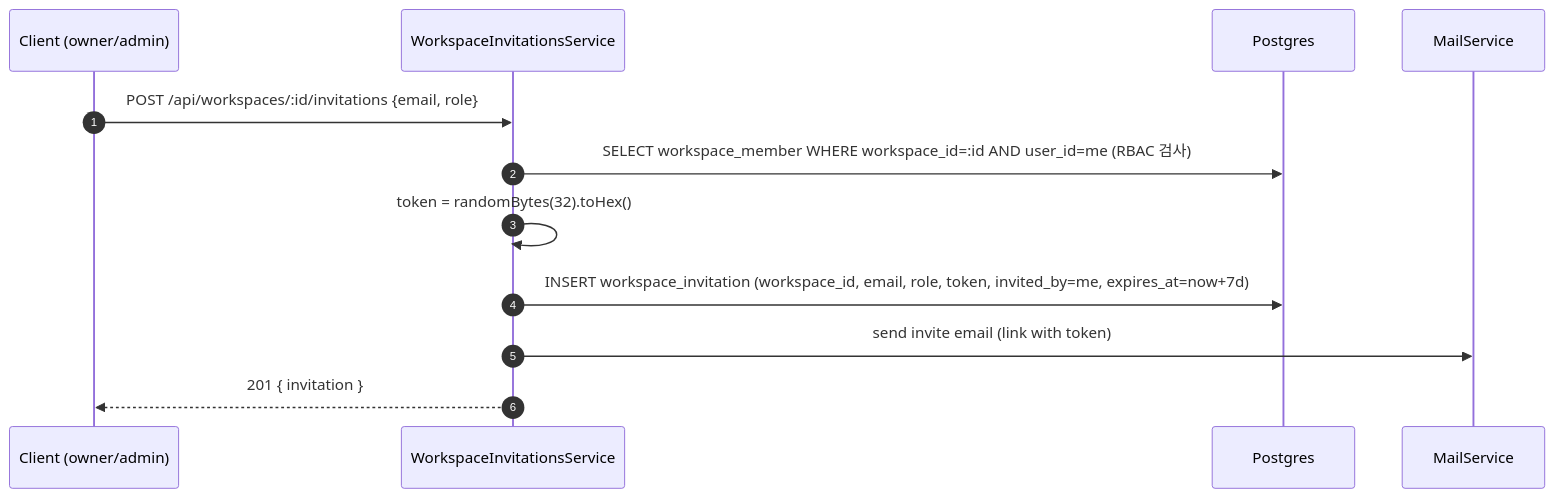
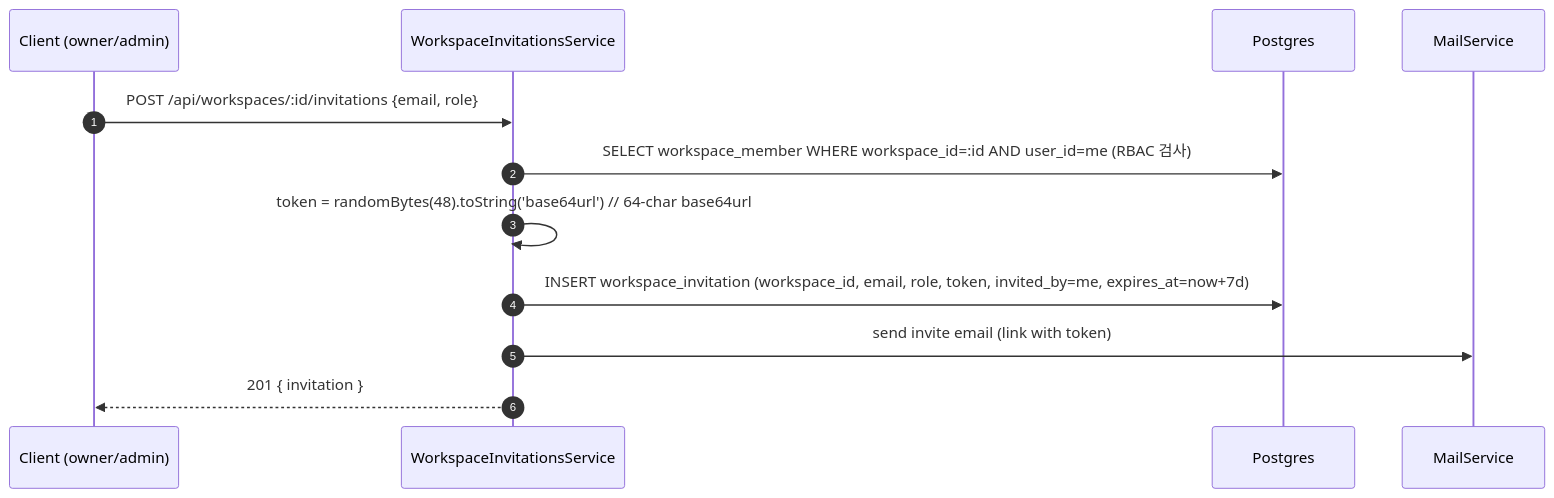
The second of 5 diagrams in spec/data-flow/12-workspace.md (worker-ants/clemvion), drawn with Mermaid before and after one commit. The commit also changed other lines of this file and 186 other files, not shown here.

````diff
--- a/spec/data-flow/12-workspace.md
+++ b/spec/data-flow/12-workspace.md
@@ -45,15 +45,15 @@
 ```mermaid
 sequenceDiagram
   autonumber
   participant C as Client (owner/admin)
   participant Svc as WorkspaceInvitationsService
   participant PG as Postgres
   participant Mail as MailService
 
   C->>Svc: POST /api/workspaces/:id/invitations {email, role}
   Svc->>PG: SELECT workspace_member WHERE workspace_id=:id AND user_id=me (RBAC 검사)
-  Svc->>Svc: token = randomBytes(32).toHex()
+  Svc->>Svc: token = randomBytes(48).toString('base64url')  // 64-char base64url
   Svc->>PG: INSERT workspace_invitation (workspace_id, email, role, token, invited_by=me, expires_at=now+7d)
   Svc->>Mail: send invite email (link with token)
   Svc-->>C: 201 { invitation }
 ```
````
